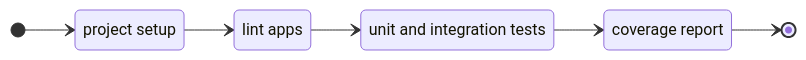
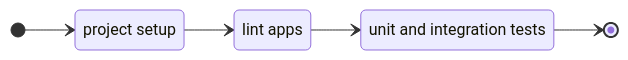
One commit to shimisnow/poc-nestjs changed the first of 3 diagrams in docs/markdown/github-actions.md. Above: the diagram before and after it, drawn with Mermaid. The commit also changed other lines of this file, not shown here.

Commit message:
docs: updates github actions documentation

````diff
--- a/docs/markdown/github-actions.md
+++ b/docs/markdown/github-actions.md
@@ -13,14 +13,12 @@
 ```mermaid
 stateDiagram-v2
 direction LR
 state "project setup" as setup
 state "lint apps" as lint
 state "unit and integration tests" as test
-state "coverage report" as coverage
 
 [*] --> setup
 setup --> lint
 lint --> test
-test --> coverage
-coverage --> [*]
+test --> [*]
 ```
````
